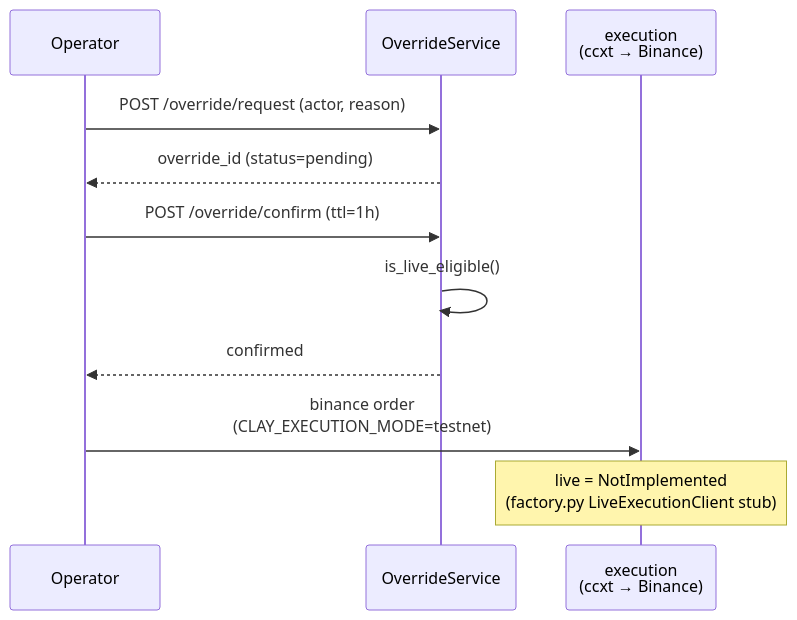
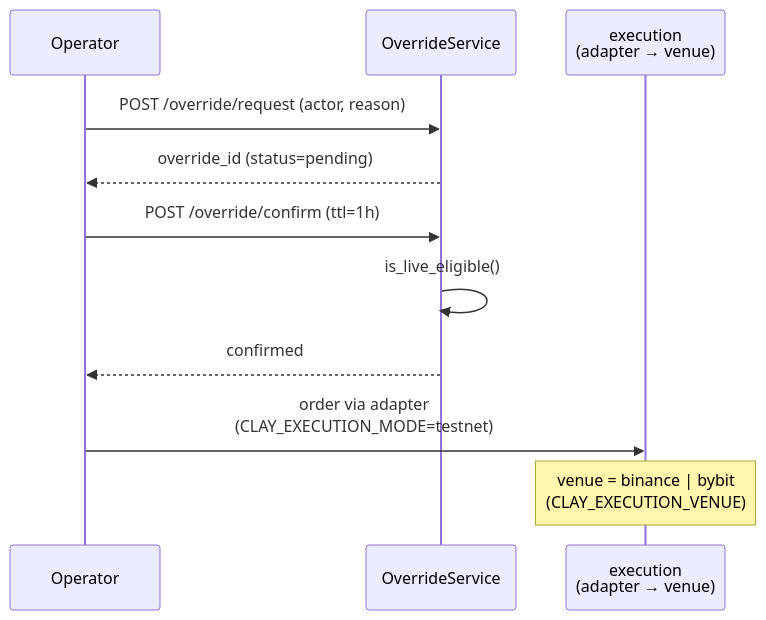
One commit to newvogue-labs/clay changed the second of 2 diagrams in docs/architecture-maps/trading-cycle.md. Above: the diagram before and after it, drawn with Mermaid. The commit also changed 6 other files, not shown here.

First line of the commit message:
feat(execution): venue-selection (binance|bybit) + demo mode (#128)

````diff
--- a/docs/architecture-maps/trading-cycle.md
+++ b/docs/architecture-maps/trading-cycle.md
@@ -45,14 +45,14 @@
 ```mermaid
 sequenceDiagram
     participant OP as Operator
     participant OVS as OverrideService
-    participant EX as execution<br/>(ccxt → Binance)
+    participant EX as execution<br/>(adapter → venue)
 
     OP->>OVS: POST /override/request (actor, reason)
     OVS-->>OP: override_id (status=pending)
     OP->>OVS: POST /override/confirm (ttl=1h)
     OVS->>OVS: is_live_eligible()
     OVS-->>OP: confirmed
-    OP->>EX: binance order<br/>(CLAY_EXECUTION_MODE=testnet)
-    Note over EX: live = NotImplemented<br/>(factory.py LiveExecutionClient stub)
+    OP->>EX: order via adapter<br/>(CLAY_EXECUTION_MODE=testnet)
+    Note over EX: venue = binance | bybit<br/>(CLAY_EXECUTION_VENUE)
 ```
````
